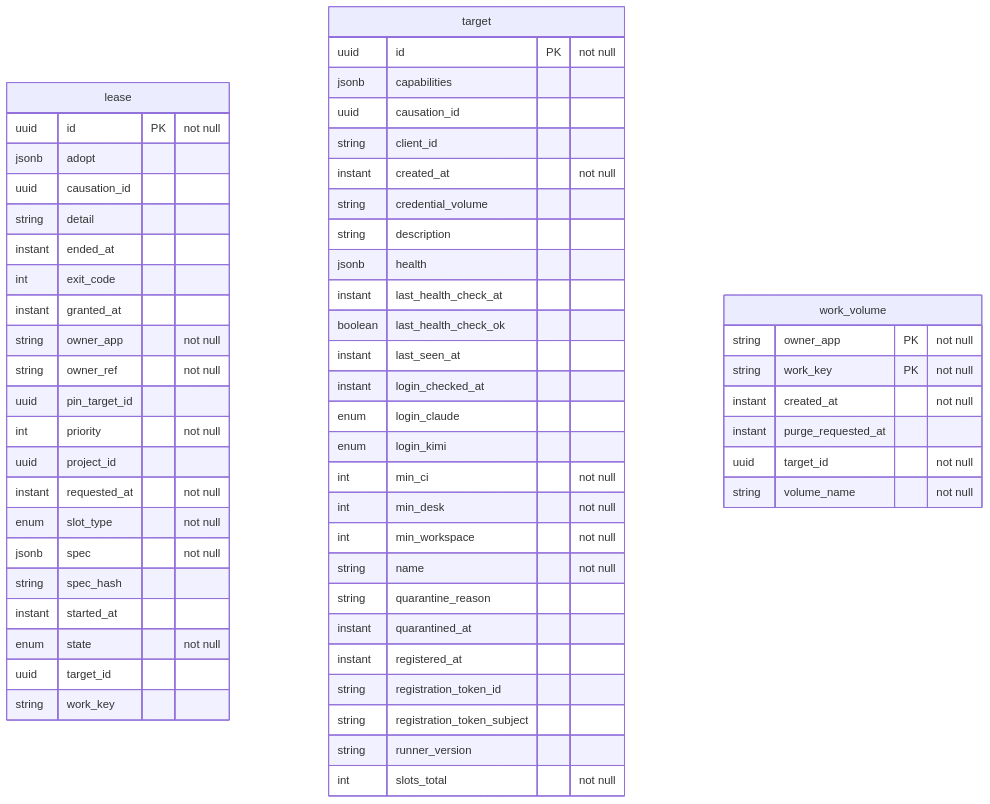
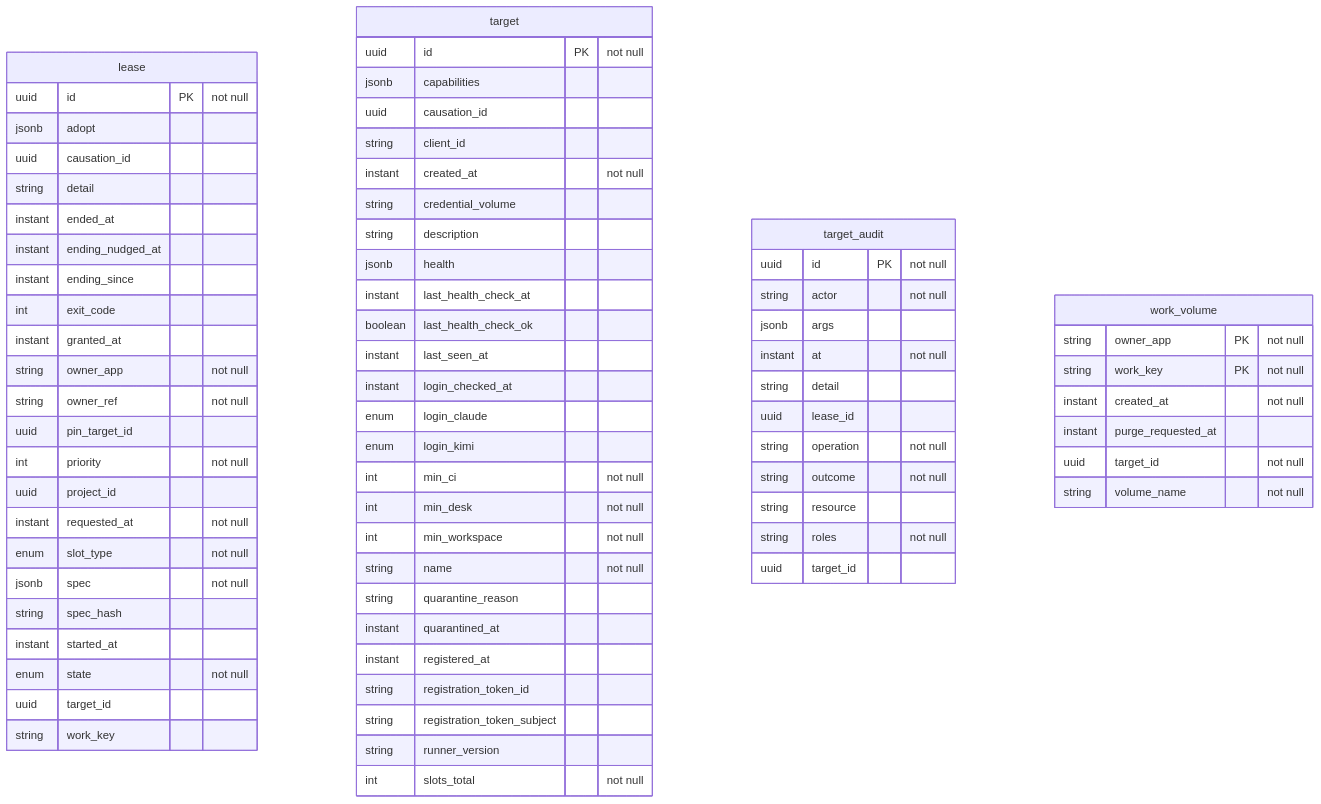
One commit to QuicklyIterateTheSoftware/qits-system-service changed the diagram in docs/database/system.md. Above: the diagram before and after it, drawn with Mermaid. The commit also changed other lines of this file, not shown here.

Commit message:
chore(qits-1621): update entity diagram

````diff
--- a/docs/database/system.md
+++ b/docs/database/system.md
@@ -6,63 +6,79 @@
 ```mermaid
 erDiagram
   %% lease: eu.wohlben.qits.system.targets.entity.Lease (targets)
   lease {
     uuid id PK "not null"
     jsonb adopt
     uuid causation_id
     string detail
     instant ended_at
+    instant ending_nudged_at
+    instant ending_since
     int exit_code
     instant granted_at
     string owner_app "not null"
     string owner_ref "not null"
     uuid pin_target_id
     int priority "not null"
     uuid project_id
     instant requested_at "not null"
     enum slot_type "not null"
     jsonb spec "not null"
     string spec_hash
     instant started_at
     enum state "not null"
     uuid target_id
     string work_key
   }
   %% target: eu.wohlben.qits.system.targets.entity.Target (targets)
   target {
     uuid id PK "not null"
     jsonb capabilities
     uuid causation_id
     string client_id
     instant created_at "not null"
     string credential_volume
     string description
     jsonb health
     instant last_health_check_at
     boolean last_health_check_ok
     instant last_seen_at
     instant login_checked_at
     enum login_claude
     enum login_kimi
     int min_ci "not null"
     int min_desk "not null"
     int min_workspace "not null"
     string name "not null"
     string quarantine_reason
     instant quarantined_at
     instant registered_at
     string registration_token_id
     string registration_token_subject
     string runner_version
     int slots_total "not null"
   }
+  %% target_audit: eu.wohlben.qits.system.targets.entity.TargetAudit (targets)
+  target_audit {
+    uuid id PK "not null"
+    string actor "not null"
+    jsonb args
+    instant at "not null"
+    string detail
+    uuid lease_id
+    string operation "not null"
+    string outcome "not null"
+    string resource
+    string roles "not null"
+    uuid target_id
+  }
   %% work_volume: eu.wohlben.qits.system.targets.entity.WorkVolume (targets)
   work_volume {
     string owner_app PK "not null"
     string work_key PK "not null"
     instant created_at "not null"
     instant purge_requested_at
     uuid target_id "not null"
     string volume_name "not null"
   }
 ```
````
